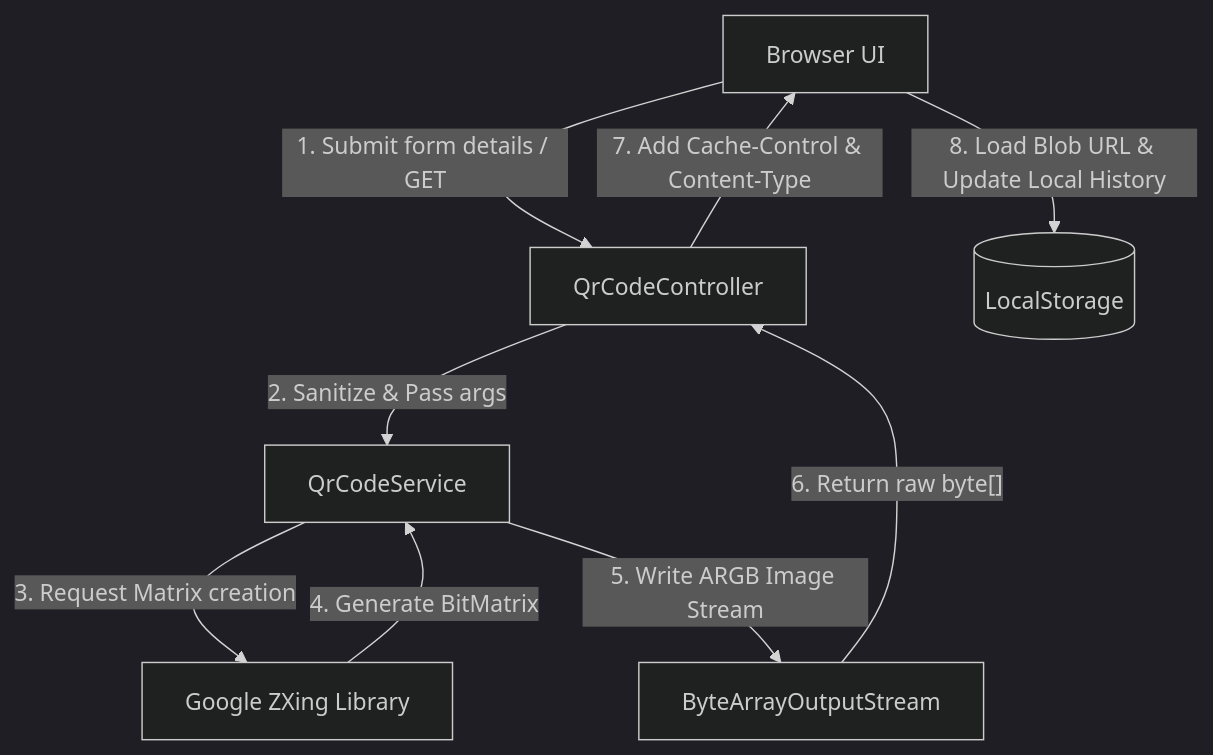
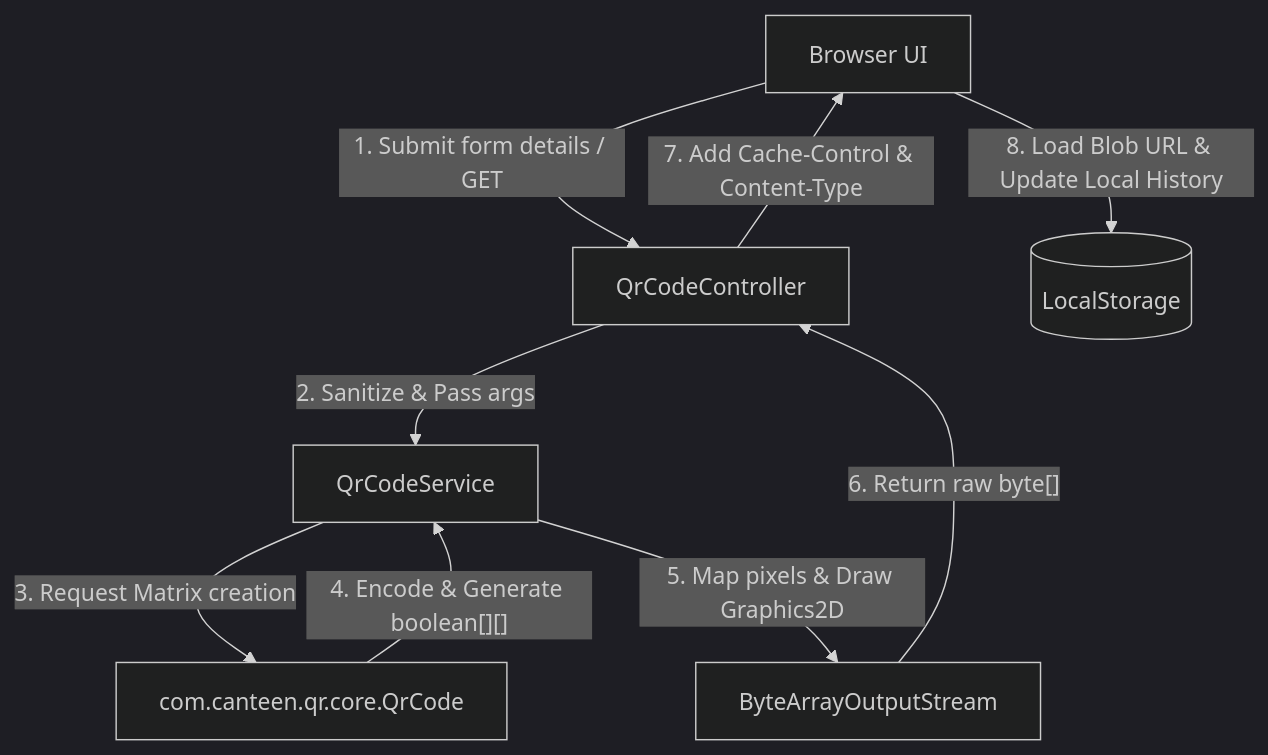
One commit to Satwik-Kant-Poddar/canteen changed the diagram in TECHNICAL_DETAILS.md. Above: the diagram before and after it, drawn with Mermaid (dark theme). The commit also changed other lines of this file and 19 other files, not shown here.

````diff
--- a/TECHNICAL_DETAILS.md
+++ b/TECHNICAL_DETAILS.md
@@ -11,11 +11,11 @@
 ```mermaid
 graph TD
     Client[Browser UI] -- 1. Submit form details / GET --> Controller[QrCodeController]
     Controller -- 2. Sanitize & Pass args --> Service[QrCodeService]
-    Service -- 3. Request Matrix creation --> ZXing[Google ZXing Library]
-    ZXing -- 4. Generate BitMatrix --> Service
-    Service -- 5. Write ARGB Image Stream --> Output[ByteArrayOutputStream]
+    Service -- 3. Request Matrix creation --> InHouse[com.canteen.qr.core.QrCode]
+    InHouse -- 4. Encode & Generate boolean[][] --> Service
+    Service -- 5. Map pixels & Draw Graphics2D --> Output[ByteArrayOutputStream]
     Output -- 6. Return raw byte[] --> Controller
     Controller -- 7. Add Cache-Control & Content-Type --> Client
     Client -- 8. Load Blob URL & Update Local History --> LocalStorage[(LocalStorage)]
 ```
````
